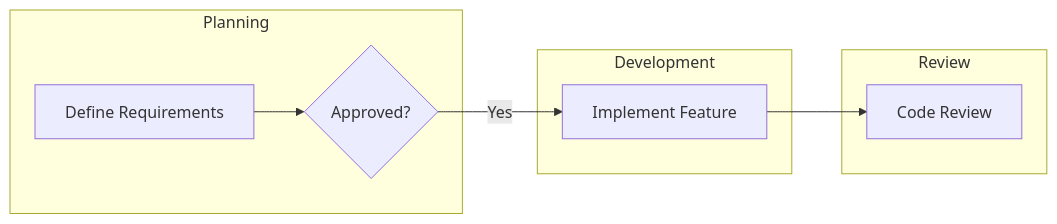
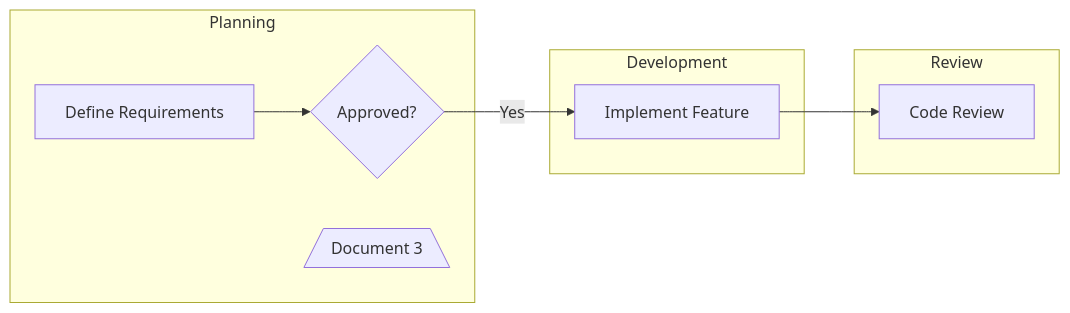
One commit to pingpm/mermaid_vault changed the diagram in mmd/123_b288880a-82c6-4177-9391-227a1f2c715c.mmd. Above: the diagram before and after it, drawn with Mermaid. The commit also changed 2 other files, not shown here.

Commit message:
Sync Mermaid Studio data (11 diagrams)

```diff
--- a/mmd/123_b288880a-82c6-4177-9391-227a1f2c715c.mmd
+++ b/mmd/123_b288880a-82c6-4177-9391-227a1f2c715c.mmd
@@ -1,14 +1,15 @@
 graph LR
   subgraph lane_lane_2["Development"]
     t_task_3["Implement Feature"]
   end
   subgraph lane_lane_1["Planning"]
     t_task_1["Define Requirements"]
     t_task_2{"Approved?"}
+    t_69f290e6_49fe_4997_a1c0_d3876c8f9e58[/"Document 3"\]
   end
   subgraph lane_lane_3["Review"]
     t_task_4["Code Review"]
   end
   t_task_1 --> t_task_2
   t_task_2 -->|"Yes"| t_task_3
   t_task_3 --> t_task_4
```
